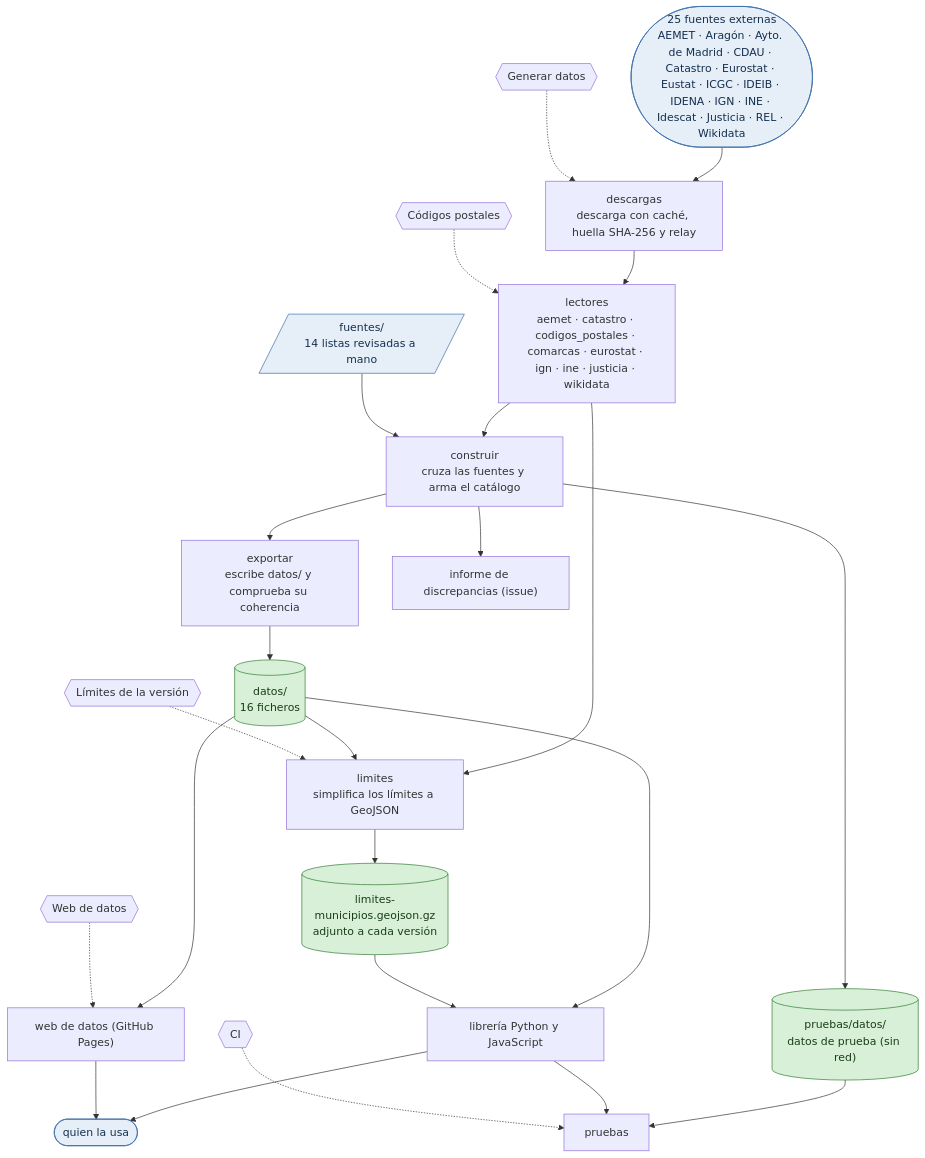
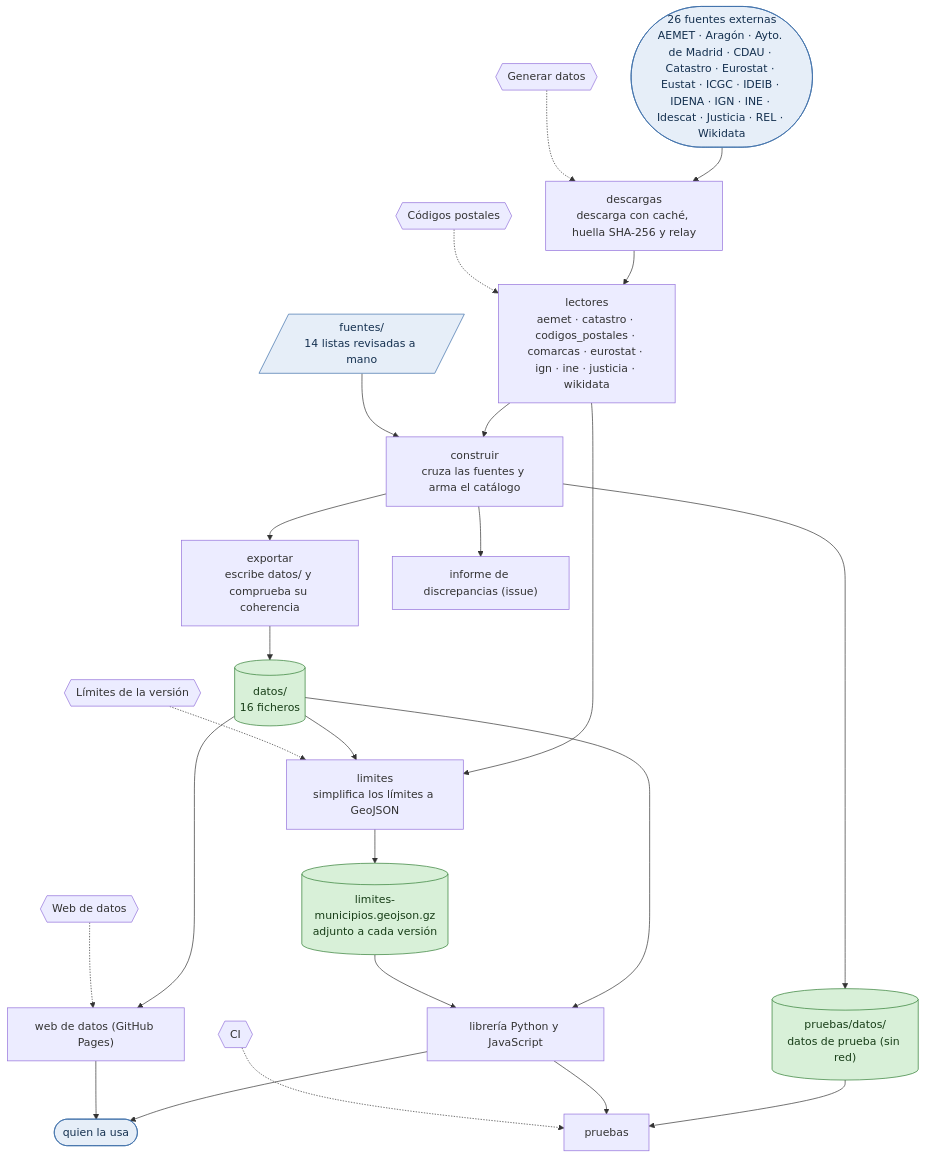
Before and after one commit to alertapublica/territorios-es: the fourth of 6 diagrams in docs/estado.md, drawn with Mermaid. The commit also changed other lines of this file and 26 other files, not shown here.

````diff
--- a/docs/estado.md
+++ b/docs/estado.md
@@ -191,46 +191,46 @@
 ```mermaid
 flowchart TB
   accTitle: Repositorio
-  ext(["25 fuentes externas<br>AEMET · Aragón · Ayto. de Madrid · CDAU · Catastro · Eurostat · Eustat · ICGC · IDEIB · IDENA · IGN · INE · Idescat · Justicia · REL · Wikidata"])
+  ext(["26 fuentes externas<br>AEMET · Aragón · Ayto. de Madrid · CDAU · Catastro · Eurostat · Eustat · ICGC · IDEIB · IDENA · IGN · INE · Idescat · Justicia · REL · Wikidata"])
   hand[/"fuentes/<br>14 listas revisadas a mano"/]
   descargas["descargas<br>descarga con caché, huella SHA-256 y relay"]
   readers["lectores<br>aemet · catastro · codigos_postales · comarcas · eurostat · ign · ine · justicia · wikidata"]
   construir["construir<br>cruza las fuentes y arma el catálogo"]
   exportar["exportar<br>escribe datos/ y comprueba su coherencia"]
   limites["limites<br>simplifica los límites a GeoJSON"]
   datos[("datos/<br>16 ficheros")]
   geo[("limites-municipios.geojson.gz<br>adjunto a cada versión")]
   report["informe de discrepancias (issue)"]
   lib["librería Python y JavaScript"]
   web["web de datos (GitHub Pages)"]
   users(["quien la usa"])
   fixture[("pruebas/datos/<br>datos de prueba (sin red)")]
   tests["pruebas"]
   ext --> descargas --> readers --> construir --> exportar --> datos
   hand --> construir
   readers --> limites --> geo
   datos --> limites
   construir --> report
   datos --> lib
   geo --> lib
   datos --> web
   lib --> users
   web --> users
   construir --> fixture --> tests
   lib --> tests
   wf_ci_yml{{"CI"}}
   wf_generar_yml{{"Generar datos"}}
   wf_codigos_postales_yml{{"Códigos postales"}}
   wf_limites_yml{{"Límites de la versión"}}
   wf_pages_yml{{"Web de datos"}}
   wf_generar_yml -.-> descargas
   wf_codigos_postales_yml -.-> readers
   wf_limites_yml -.-> limites
   wf_pages_yml -.-> web
   wf_ci_yml -.-> tests
   class datos,geo,fixture done
   class ext,hand,users box
   classDef done fill:#d8f0d8,stroke:#2e7d32,color:#173d17
   classDef todo fill:#fdecc8,stroke:#b26a00,color:#4a2c00,stroke-dasharray:4 3
   classDef box fill:#e6eef8,stroke:#3b6ea8,color:#14304f
 ```
````
